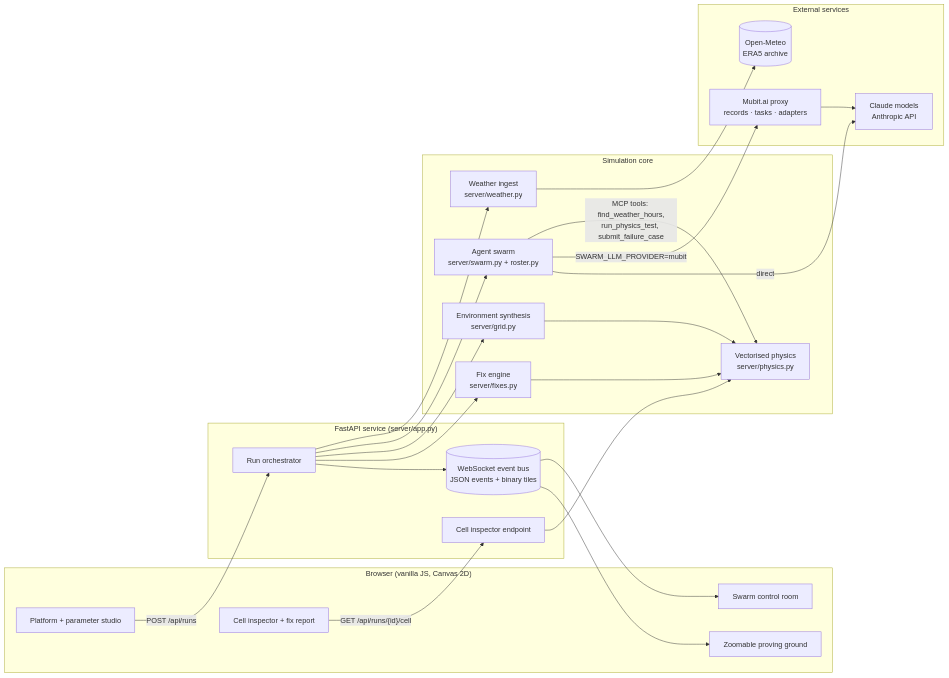
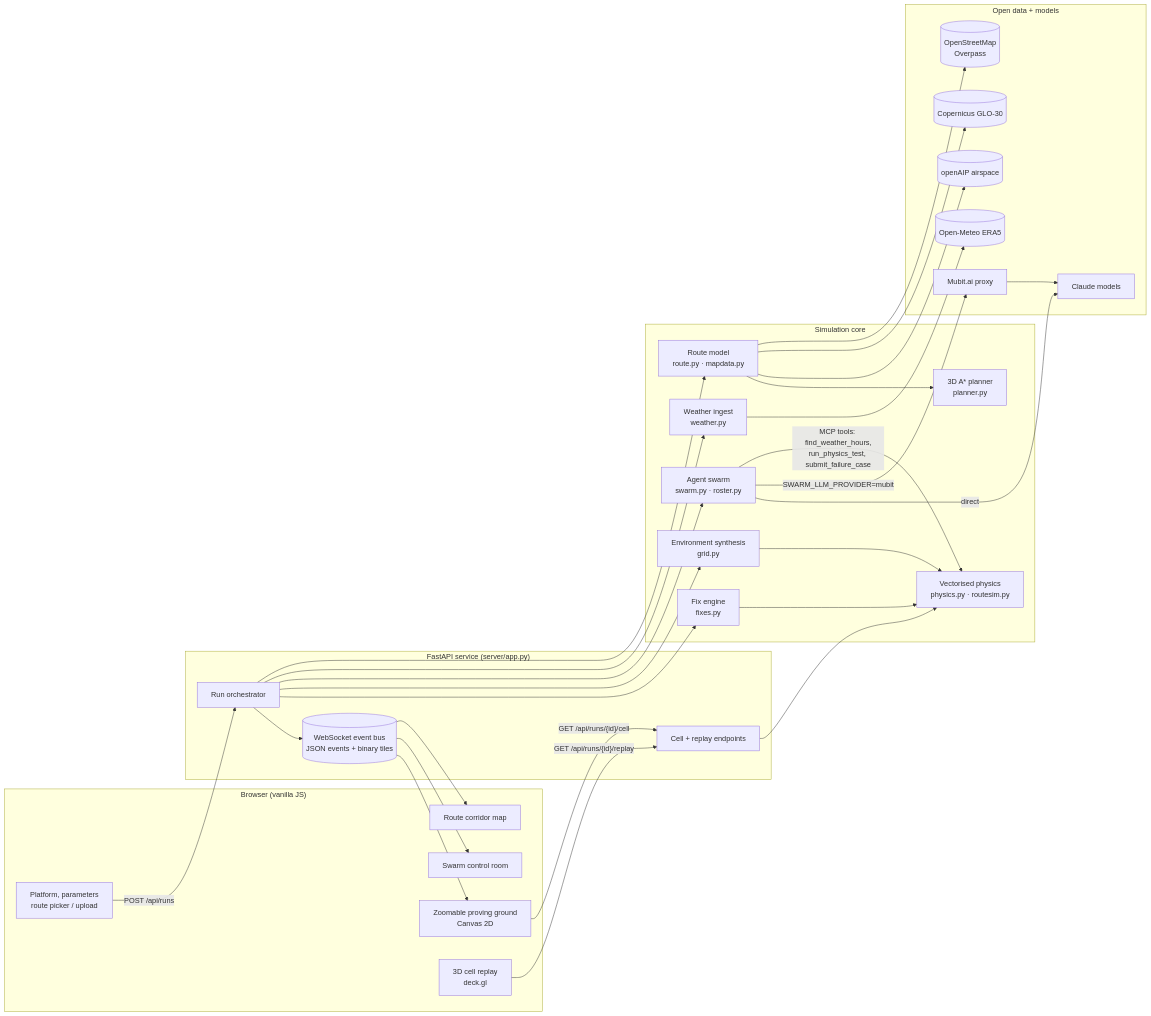
Before and after one commit to hackdavid/swarm-simulator: the first of 2 diagrams in README.md, drawn with Mermaid. The commit also changed other lines of this file and 8 other files, not shown here.

Commit message:
README: narrated demo video, 3D planner and cell replay, polished overview

````diff
--- a/README.md
+++ b/README.md
@@ -60,40 +109,49 @@
 ```mermaid
 flowchart LR
-    subgraph Browser["Browser (vanilla JS, Canvas 2D)"]
-        UI1[Platform + parameter studio]
-        UI2[Swarm control room]
-        UI3[Zoomable proving ground]
-        UI4[Cell inspector + fix report]
+    subgraph Browser["Browser (vanilla JS)"]
+        UI1[Platform, parameters<br/>route picker / upload]
+        UI2[Route corridor map]
+        UI3[Swarm control room]
+        UI4[Zoomable proving ground<br/>Canvas 2D]
+        UI5[3D cell replay<br/>deck.gl]
     end
 
     subgraph API["FastAPI service (server/app.py)"]
         RUN[Run orchestrator]
         WS[(WebSocket event bus<br/>JSON events + binary tiles)]
-        CELL[Cell inspector endpoint]
+        CELL[Cell + replay endpoints]
     end
 
     subgraph Core["Simulation core"]
-        WX[Weather ingest<br/>server/weather.py]
-        SW[Agent swarm<br/>server/swarm.py + roster.py]
-        PHY[Vectorised physics<br/>server/physics.py]
-        GRID[Environment synthesis<br/>server/grid.py]
-        FIX[Fix engine<br/>server/fixes.py]
+        RT[Route model<br/>route.py · mapdata.py]
+        PL[3D A* planner<br/>planner.py]
+        WX[Weather ingest<br/>weather.py]
+        SW[Agent swarm<br/>swarm.py · roster.py]
+        PHY[Vectorised physics<br/>physics.py · routesim.py]
+        GRID[Environment synthesis<br/>grid.py]
+        FIX[Fix engine<br/>fixes.py]
     end
 
-    subgraph External["External services"]
-        OM[(Open-Meteo<br/>ERA5 archive)]
-        MUBIT[Mubit.ai proxy<br/>records · tasks · adapters]
-        CLAUDE[Claude models<br/>Anthropic API]
+    subgraph External["Open data + models"]
+        OSM[(OpenStreetMap<br/>Overpass)]
+        DEM[(Copernicus GLO-30)]
+        AIP[(openAIP airspace)]
+        OM[(Open-Meteo ERA5)]
+        MUBIT[Mubit.ai proxy]
+        CLAUDE[Claude models]
     end
 
     UI1 -- POST /api/runs --> RUN
+    RUN --> RT --> OSM & DEM & AIP
+    RT --> PL
     RUN --> WX --> OM
     RUN --> SW
     SW -- "MCP tools: find_weather_hours,<br/>run_physics_test, submit_failure_case" --> PHY
     SW -- "SWARM_LLM_PROVIDER=mubit" --> MUBIT --> CLAUDE
     SW -- "direct" --> CLAUDE
     RUN --> GRID --> PHY
     RUN --> FIX --> PHY
-    RUN --> WS --> UI2 & UI3
-    UI4 -- GET /api/runs/{id}/cell --> CELL --> PHY
+    RUN --> WS --> UI2 & UI3 & UI4
+    UI4 -- "GET /api/runs/{id}/cell" --> CELL --> PHY
+    UI5 -- "GET /api/runs/{id}/replay" --> CELL
 ```
````
